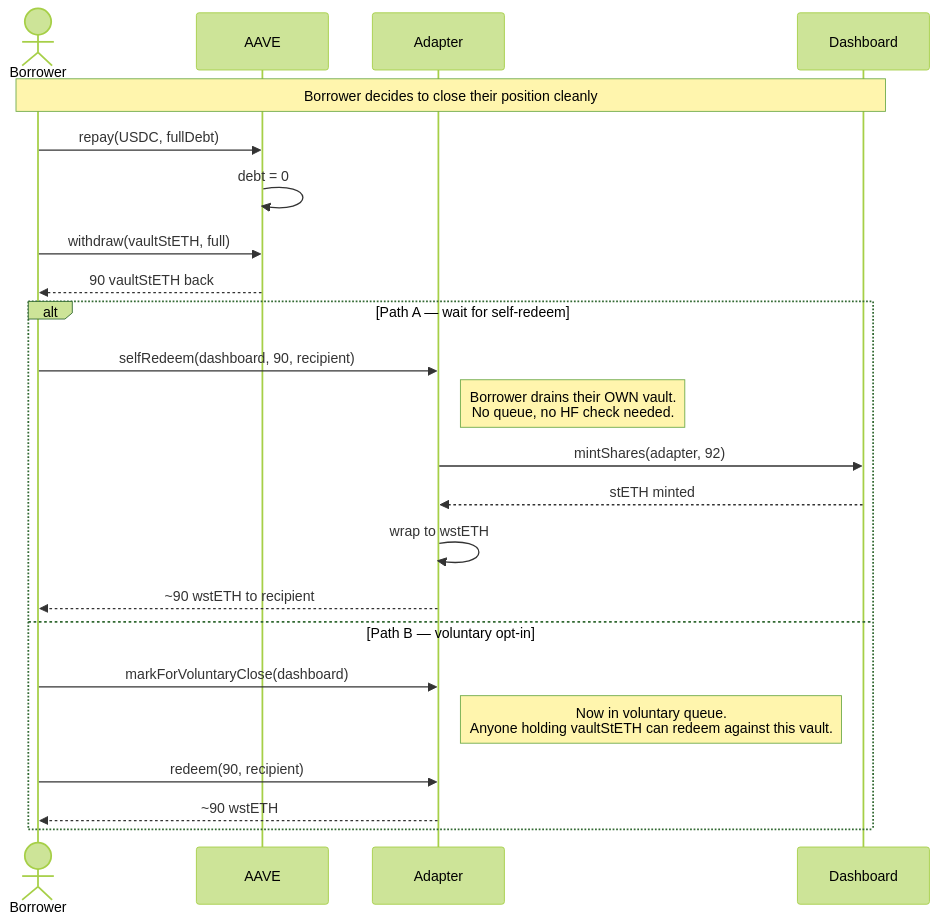
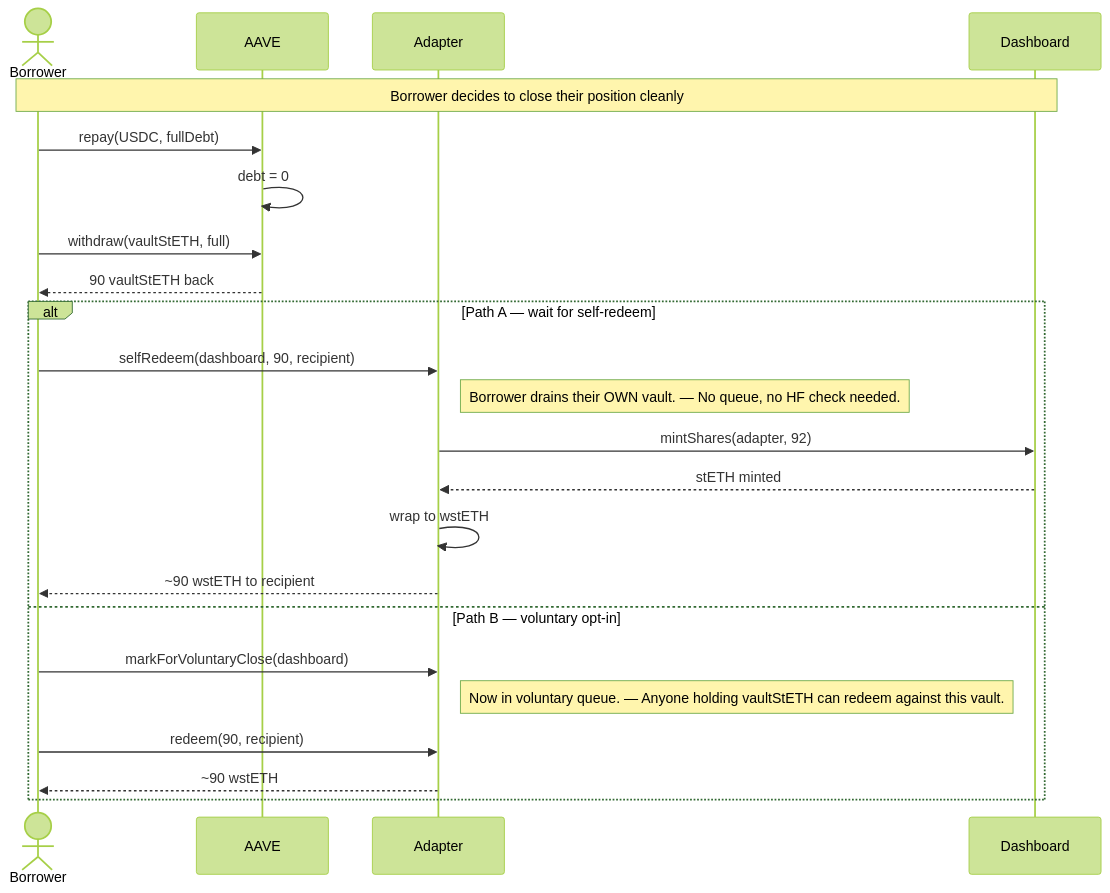
Diagram 14 of 24 in docs/Architecture.md (sanbir/vault-steth-adapter), drawn with Mermaid (forest theme) before and after one commit. The commit also changed other lines of this file and 1 other file, not shown here.

First line of the commit message:
docs: fix Mermaid <br/> rendering errors in Architecture.md and Liquidation-guarantees.md

````diff
--- a/docs/Architecture.md
+++ b/docs/Architecture.md
@@ -547,28 +547,28 @@
 ```mermaid
 sequenceDiagram
     actor Borrower
     participant AAVE
     participant Adapter
     participant Dashboard
 
     Note over Borrower,Dashboard: Borrower decides to close their position cleanly
 
     Borrower->>AAVE: repay(USDC, fullDebt)
     AAVE->>AAVE: debt = 0
     Borrower->>AAVE: withdraw(vaultStETH, full)
     AAVE-->>Borrower: 90 vaultStETH back
 
     alt Path A — wait for self-redeem
         Borrower->>Adapter: selfRedeem(dashboard, 90, recipient)
-        Note right of Adapter: Borrower drains their OWN vault.<br/>No queue, no HF check needed.
+        Note right of Adapter: Borrower drains their OWN vault. — No queue, no HF check needed.
         Adapter->>Dashboard: mintShares(adapter, 92)
         Dashboard-->>Adapter: stETH minted
         Adapter->>Adapter: wrap to wstETH
         Adapter-->>Borrower: ~90 wstETH to recipient
     else Path B — voluntary opt-in
         Borrower->>Adapter: markForVoluntaryClose(dashboard)
-        Note right of Adapter: Now in voluntary queue.<br/>Anyone holding vaultStETH can redeem against this vault.
+        Note right of Adapter: Now in voluntary queue. — Anyone holding vaultStETH can redeem against this vault.
         Borrower->>Adapter: redeem(90, recipient)
         Adapter-->>Borrower: ~90 wstETH
     end
 ```
````
